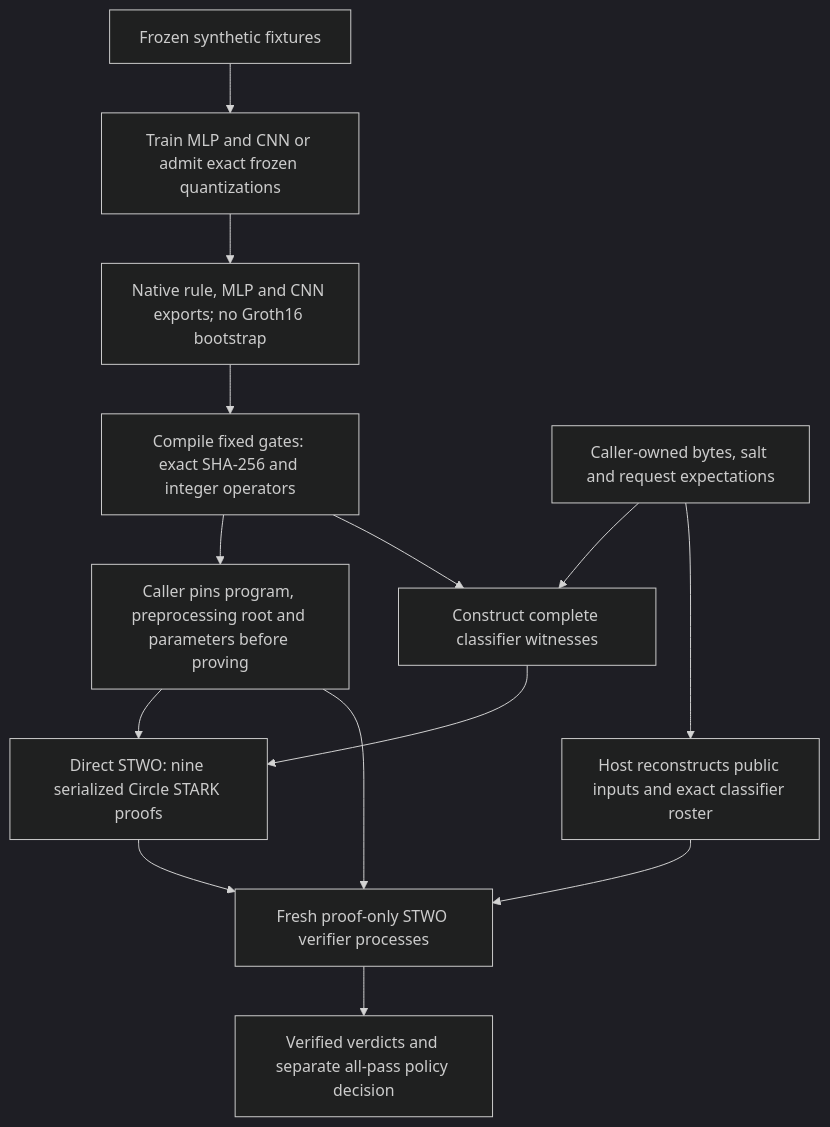
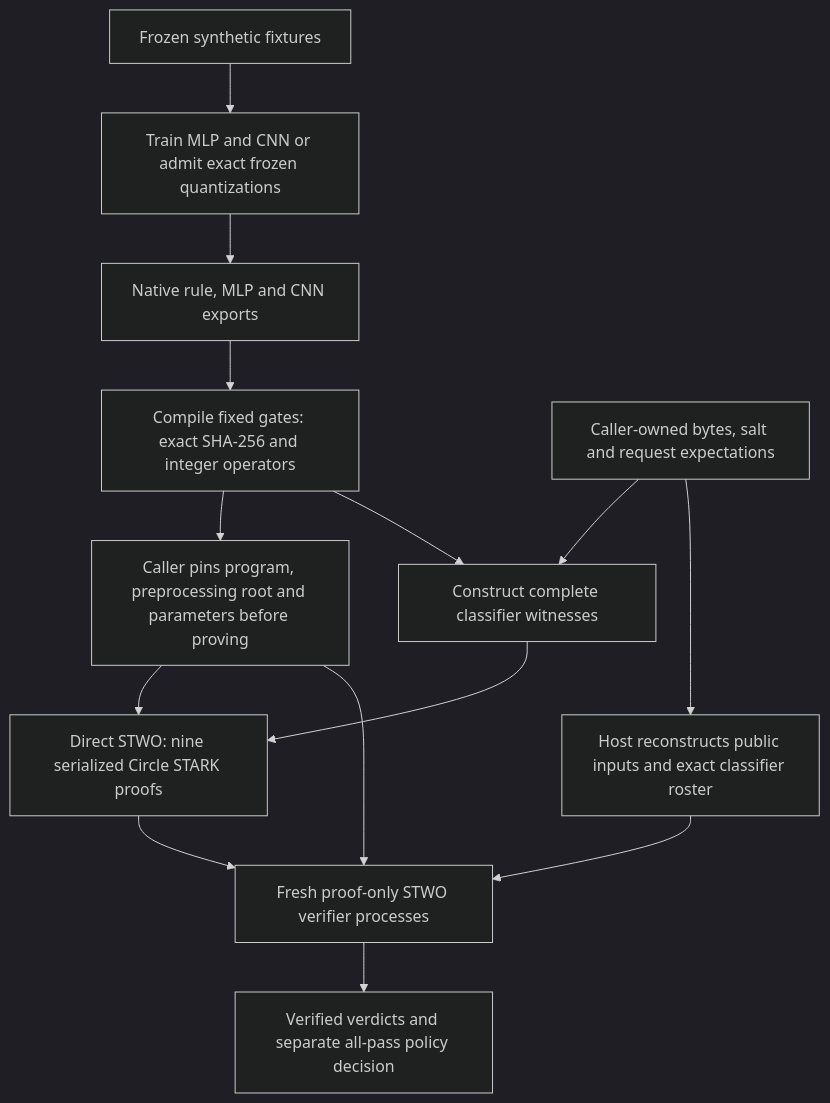
Before and after one commit to AbdelStark/hallmark: the first of 3 diagrams in docs/ARCHITECTURE.md, drawn with Mermaid (dark theme). The commit also changed other lines of this file and 272 other files, not shown here.

````diff
--- a/docs/ARCHITECTURE.md
+++ b/docs/ARCHITECTURE.md
@@ -53,15 +51,15 @@
 ```mermaid
 flowchart TD
     D[Frozen synthetic fixtures] --> T[Train MLP and CNN or admit exact frozen quantizations]
-    T --> M[Native rule, MLP and CNN exports; no Groth16 bootstrap] --> C[Compile fixed gates: exact SHA-256 and integer operators]
+    T --> M[Native rule, MLP and CNN exports] --> C[Compile fixed gates: exact SHA-256 and integer operators]
     C --> E[Caller pins program, preprocessing root and parameters before proving]
     X[Caller-owned bytes, salt and request expectations] --> W[Construct complete classifier witnesses]
     C --> W
     E --> P[Direct STWO: nine serialized Circle STARK proofs]
     W --> P
     P --> V[Fresh proof-only STWO verifier processes]
     E --> V
     X --> H[Host reconstructs public inputs and exact classifier roster]
     H --> V
     V --> A[Verified verdicts and separate all-pass policy decision]
 ```
````
